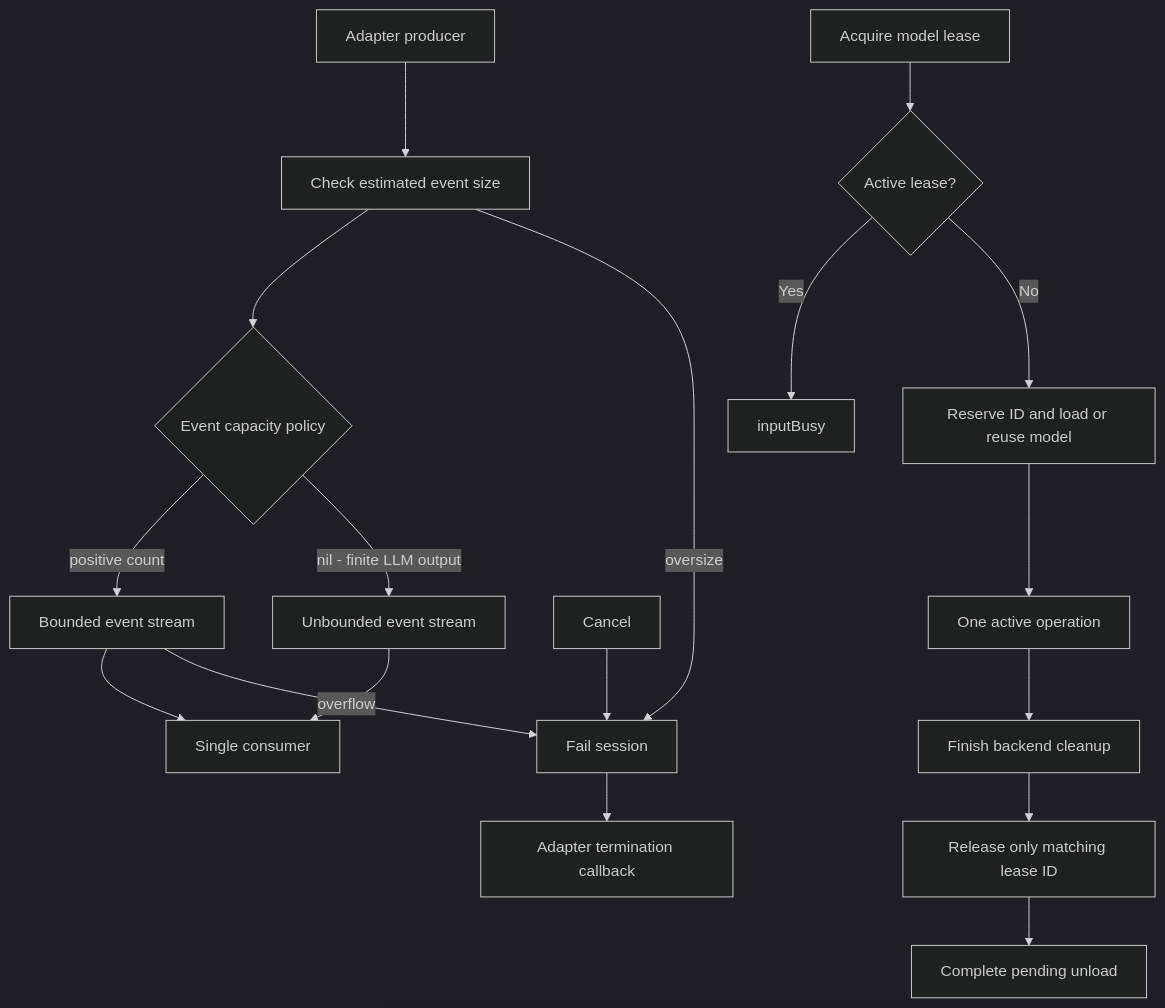
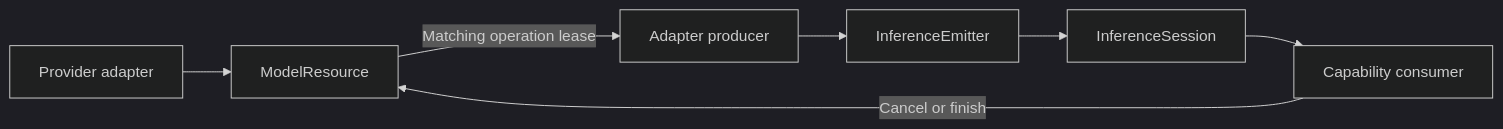
Before and after one commit to devilyouwei/MobileHarness: the diagram in MobileHarness/ModelKit/Core/README.md, drawn with Mermaid (dark theme). The commit also changed other lines of this file and 116 other files, not shown here.

````diff
--- a/MobileHarness/ModelKit/Core/README.md
+++ b/MobileHarness/ModelKit/Core/README.md
@@ -18,20 +15,9 @@
 ```mermaid
-flowchart TD
-    Producer[Adapter producer] --> Check[Check estimated event size]
-    Check --> Policy{Event capacity policy}
-    Policy -->|positive count| Buffer[Bounded event stream]
-    Policy -->|nil - finite LLM output| Chat[Unbounded event stream]
-    Chat --> Consumer
-    Buffer --> Consumer[Single consumer]
-    Check -->|oversize| Fail[Fail session]
-    Buffer -->|overflow| Fail
-    Cancel[Cancel] --> Fail
-    Fail --> Cleanup[Adapter termination callback]
-    Acquire[Acquire model lease] --> Busy{Active lease?}
-    Busy -->|Yes| Reject[inputBusy]
-    Busy -->|No| Load[Reserve ID and load or reuse model]
-    Load --> Work[One active operation]
-    Work --> CleanupLease[Finish backend cleanup]
-    CleanupLease --> Release[Release only matching lease ID]
-    Release --> Unload[Complete pending unload]
+flowchart LR
+ Adapter[Provider adapter] --> Resource[ModelResource]
+ Resource -->|Matching operation lease| Worker[Adapter producer]
+ Worker --> Emitter[InferenceEmitter]
+ Emitter --> Session[InferenceSession]
+ Session --> Consumer[Capability consumer]
+ Consumer -->|Cancel or finish| Resource
 ```
````
